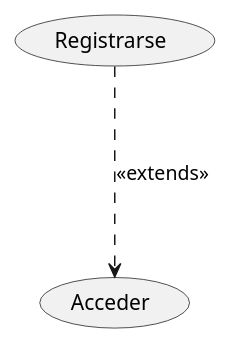
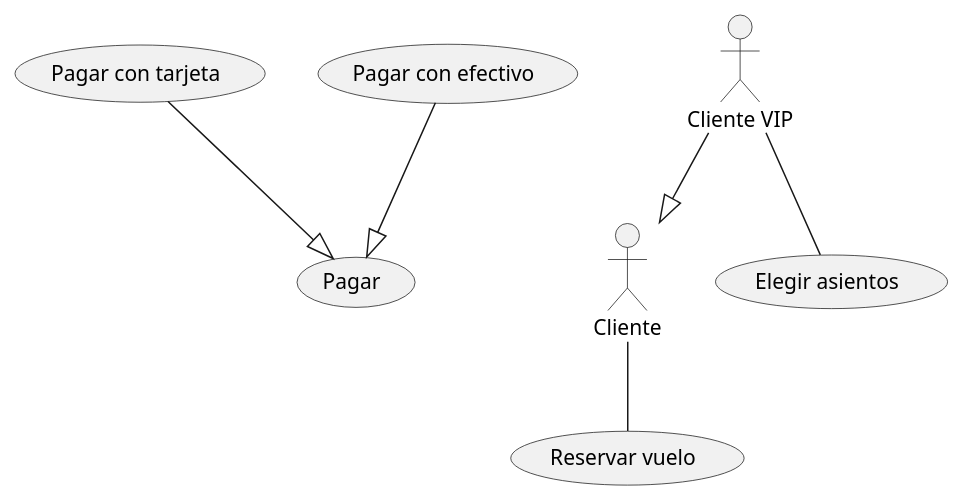
One commit to JaimeSoftDev/Practica1UD12UML-Jaime-Macia-Mora changed the diagram in Practica1UD12/src/PrimeraPracticaUML.puml. Above: the diagram before and after it, drawn with PlantUML.

Commit message:
Generalización

```diff
--- a/Practica1UD12/src/PrimeraPracticaUML.puml
+++ b/Practica1UD12/src/PrimeraPracticaUML.puml
@@ -1,7 +1,15 @@
 @startuml
-(Acceder) as UC1
-(Registrarse) as UC2
+(Pagar) as UC1
+(Pagar con tarjeta) as UC2
+(Pagar con efectivo) as UC3
+UC2--|>UC1
+UC3--|>UC1
 
-UC2 ...> UC1 : <<extends>>
-
+:Cliente: as actor1
+:Cliente VIP: as actor2
+(Reservar vuelo) as UC4
+(Elegir asientos) as UC5
+actor2 --|> actor1
+actor1 -- UC4
+actor2 -- UC5
 @enduml
```
